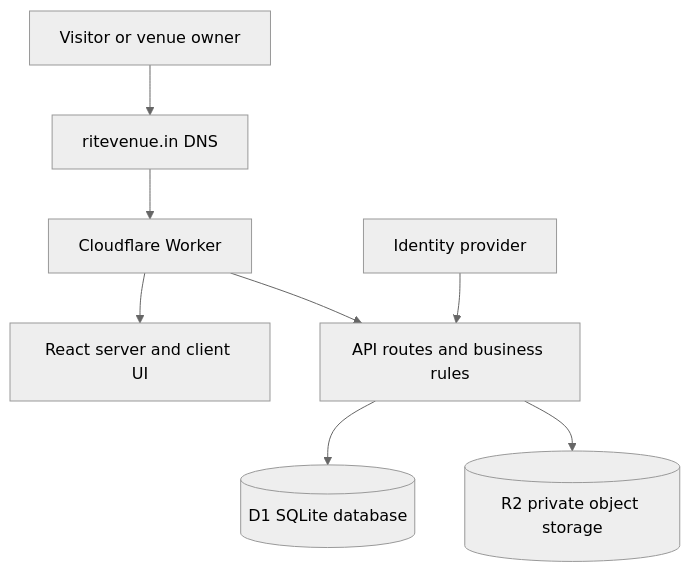
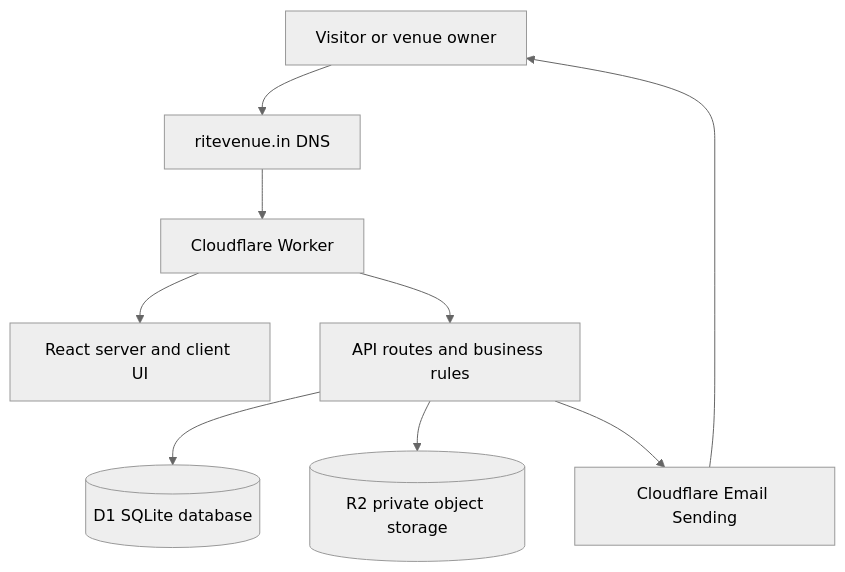
One commit to Harishjm/ritevenue-app changed the diagram in docs/ARCHITECTURE.md. Above: the diagram before and after it, drawn with Mermaid (neutral theme). The commit also changed other lines of this file and 53 other files, not shown here.

````diff
--- a/docs/ARCHITECTURE.md
+++ b/docs/ARCHITECTURE.md
@@ -7,10 +7,11 @@
 ```mermaid
 flowchart TD
   U[Visitor or venue owner] --> DNS[ritevenue.in DNS]
   DNS --> W[Cloudflare Worker]
   W --> UI[React server and client UI]
   W --> API[API routes and business rules]
   API --> D1[(D1 SQLite database)]
   API --> R2[(R2 private object storage)]
-  IDP[Identity provider] --> API
+  EMAIL[Cloudflare Email Sending] --> U
+  API --> EMAIL
 ```
````
